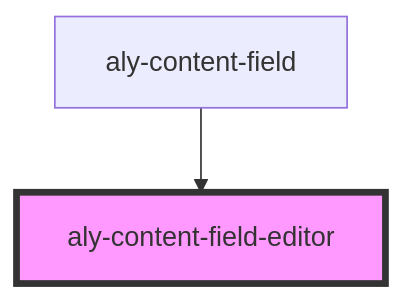
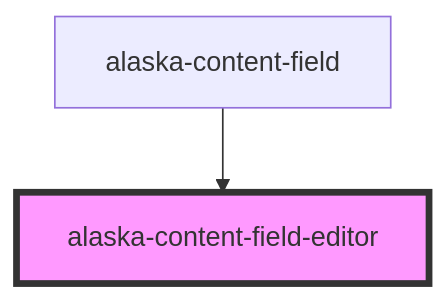
One commit to alaska-project/alaska-contents changed the diagram in core/src/components/fields/content-field-editor/readme.md. Above: the diagram before and after it, drawn with Mermaid. The commit also changed other lines of this file and 56 other files, not shown here.

````diff
--- a/core/src/components/fields/content-field-editor/readme.md
+++ b/core/src/components/fields/content-field-editor/readme.md
@@ -22,5 +22,5 @@
 ```mermaid
 graph TD;
-  aly-content-field --> aly-content-field-editor
-  style aly-content-field-editor fill:#f9f,stroke:#333,stroke-width:4px
+  alaska-content-field --> alaska-content-field-editor
+  style alaska-content-field-editor fill:#f9f,stroke:#333,stroke-width:4px
 ```
````
